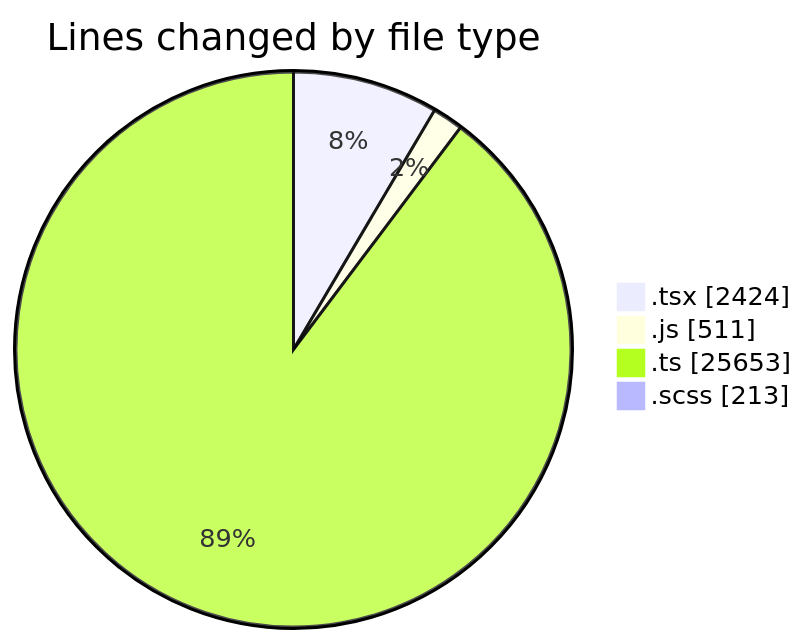
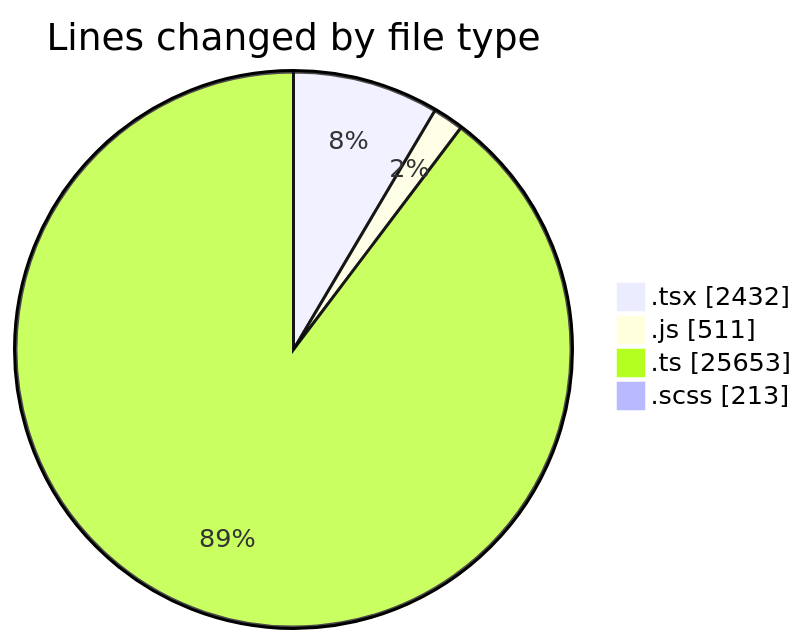
Before and after one commit to momahboobian/code-tracking: the first of 2 diagrams in 2025-06-30/cda/README.md, drawn with Mermaid. The commit also changed other lines of this file and 1 other file, not shown here.

````diff
--- a/2025-06-30/cda/README.md
+++ b/2025-06-30/cda/README.md
@@ -41,8 +41,8 @@
 ```mermaid
 pie showData
 title Lines changed by file type
-".tsx" : 2424
+".tsx" : 2432
 ".js" : 511
 ".ts" : 25653
 ".scss" : 213
 ```
````
